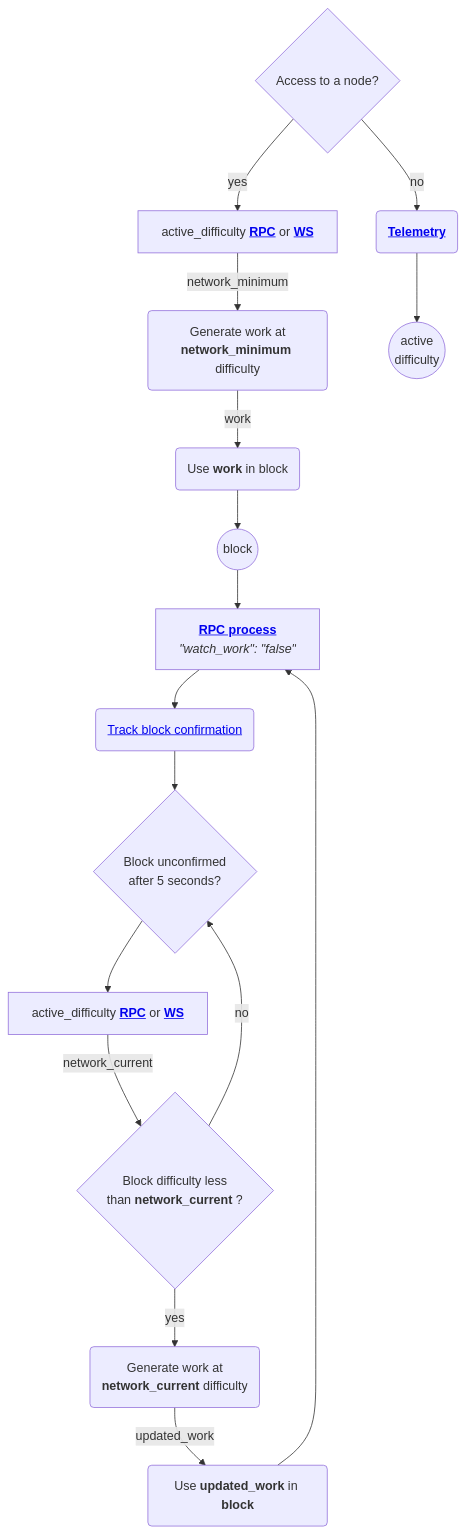
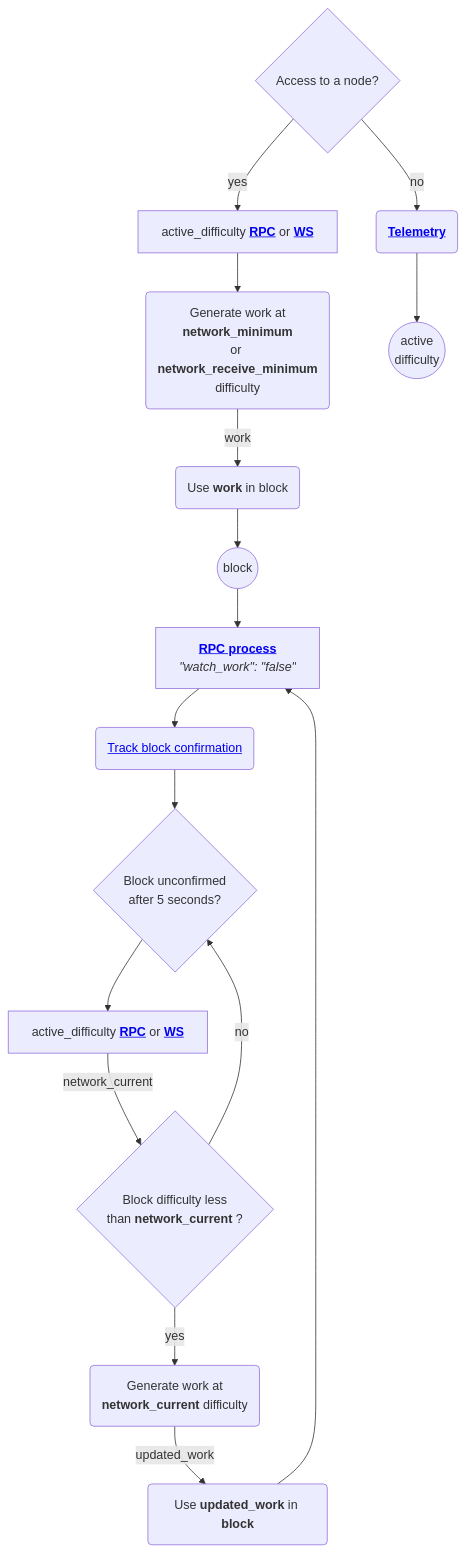
One commit to nanocurrency/nano-docs changed the second of 2 diagrams in docs/integration-guides/work-generation.md. Above: the diagram before and after it, drawn with Mermaid.

Commit message:
Update work generation practical guide with the network_receive_minimum

````diff
--- a/docs/integration-guides/work-generation.md
+++ b/docs/integration-guides/work-generation.md
@@ -90,18 +90,18 @@
 ``` mermaid
 graph TD
     M{Access to a node?} -->|yes| N[active_difficulty <a href='/commands/rpc-protocol/#active_difficulty'><b>RPC</b></a> or <a href='/integration-guides/websockets/#active-difficulty'><b>WS</b></a>]
     M --> |no| O_1(<a href='/protocol-design/networking/#node-telemetry'><b>Telemetry</b></a>)
-    N -->|network_minimum| P_1(Generate work at<br><b>network_minimum</b> difficulty)
+    N -->P_1(Generate work at<br><b>network_minimum</b><br>or <b>network_receive_minimum</b><br>difficulty)
     O_1 -->O_2((active<br>difficulty))
     P_1 -->|work| P_2(Use <b>work</b> in block)
     P_2 -->P_3((block))
     P_3 -->P_4[<a href='/commands/rpc-protocol/#process'><b>RPC process</b></a><br><i>&quotwatch_work&quot: &quotfalse&quot</i>]
     P_4 -->P_5(<a href='/integration-guides/block-confirmation-tracking/'>Track block confirmation</a>)
     P_5 -->P_6{Block unconfirmed<br>after 5 seconds?}
     P_6 -->P_7[active_difficulty <a href='/commands/rpc-protocol/#active_difficulty'><b>RPC</b></a> or <a href='/integration-guides/websockets/#active-difficulty'><b>WS</b></a>]
     P_7 -->|network_current| P_8{Block difficulty less<br>than <b>network_current</b> ?}
     P_8 -->|yes| P_9(Generate work at<br><b>network_current</b> difficulty)
     P_8 -->|no| P_6
     P_9 -->|updated_work| P_10(Use <b>updated_work</b> in <b>block</b>)
     P_10 -->P_4
 ```
````
